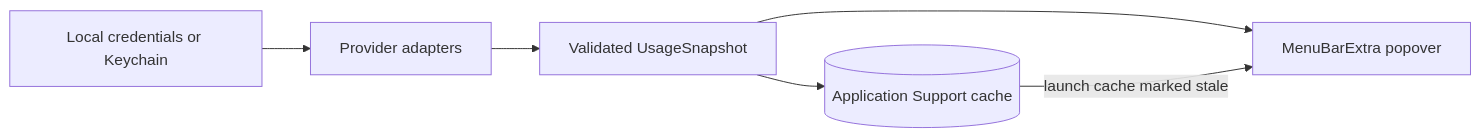
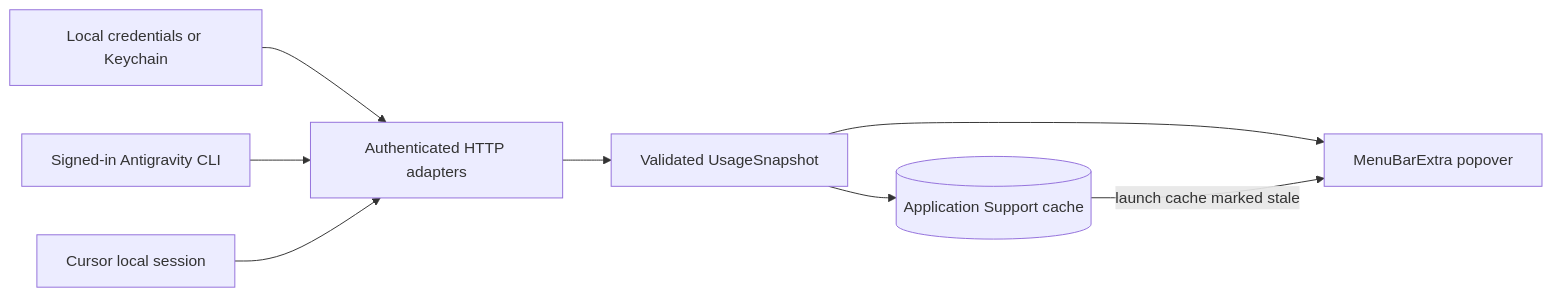
Before and after one commit to shepherdjerred/monorepo: the diagram in packages/docs/wiki/src/content/docs/explanation/quotabar.md, drawn with Mermaid. The commit also changed other lines of this file and 41 other files, not shown here.

````diff
--- a/packages/docs/wiki/src/content/docs/explanation/quotabar.md
+++ b/packages/docs/wiki/src/content/docs/explanation/quotabar.md
@@ -14,11 +16,13 @@
 ```mermaid
 flowchart LR
   accTitle: Brim quota flow
-  accDescr: Local provider credentials feed isolated authenticated adapters; validated usage snapshots are persisted and rendered as compact menu-bar sections.
+  accDescr: Provider-owned local sign-ins feed isolated adapters; validated usage snapshots are persisted and rendered as compact menu-bar sections.
 
-  C[Local credentials or Keychain] --> A[Provider adapters]
+  C[Local credentials or Keychain] --> A[Authenticated HTTP adapters]
+  G[Signed-in Antigravity CLI] --> A
+  S[Cursor local session] --> A
   A --> V[Validated UsageSnapshot]
   V --> P[(Application Support cache)]
   V --> U[MenuBarExtra popover]
   P -->|launch cache marked stale| U
 ```
````
